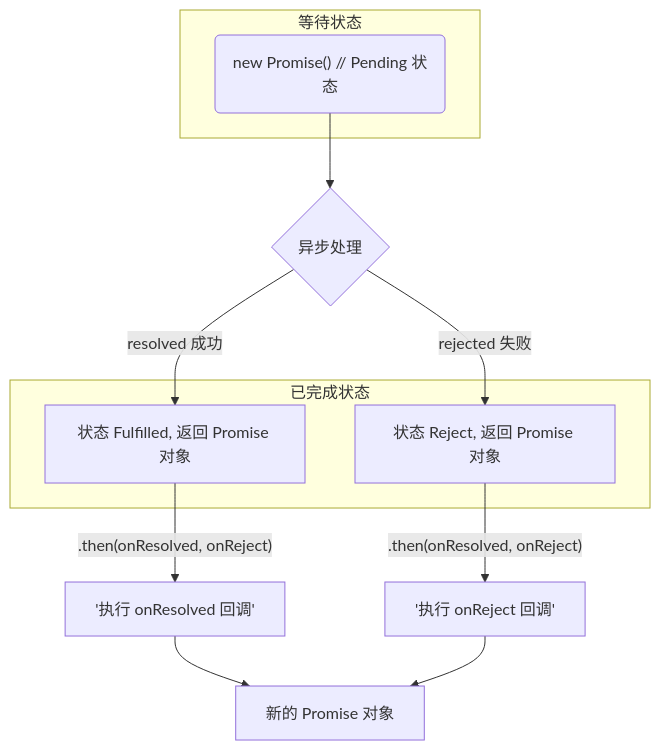
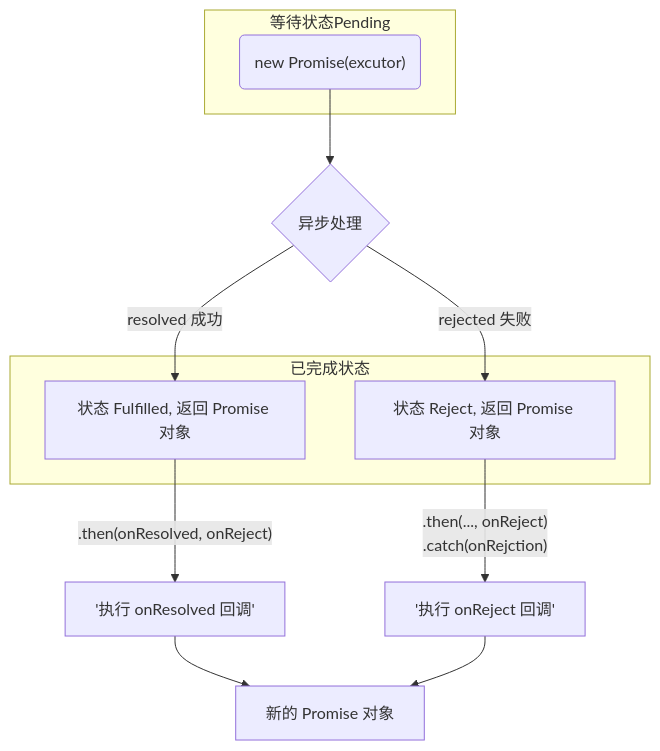
Before and after one commit to HelenZhangLP/blog: the third of 6 diagrams in source/_posts/JavaScript-Promise.md, drawn with Mermaid. The commit also changed other lines of this file and 413 other files, not shown here.

````diff
--- a/source/_posts/JavaScript-Promise.md
+++ b/source/_posts/JavaScript-Promise.md
@@ -103,17 +136,17 @@
 ```mermaid
 flowchart TB
-subgraph 等待状态	
-	Pending("new Promise() // Pending 状态")
+subgraph 等待状态Pending
+	Pending("new Promise(excutor)")
 end
 subgraph 已完成状态
 	Fulfilled(Fulfilled<br/>)
 	Reject(Reject)
 end
 Pending --> async{异步处理}
 async --> |resolved 成功| Fulfilled["状态 Fulfilled, 返回 Promise 对象"]
 async -->|rejected 失败| Reject["状态 Reject, 返回 Promise 对象"]
 Fulfilled -->|".then(onResolved, onReject)"| onResolved['执行 onResolved 回调']
-Reject --> |".then(onResolved, onReject)"| onReject['执行 onReject 回调']
+Reject --> |".then(..., onReject)<br/>.catch(onRejction)"| onReject['执行 onReject 回调']
 onResolved --> Promise["新的 Promise 对象"]
 onReject --> Promise
 ```
````
